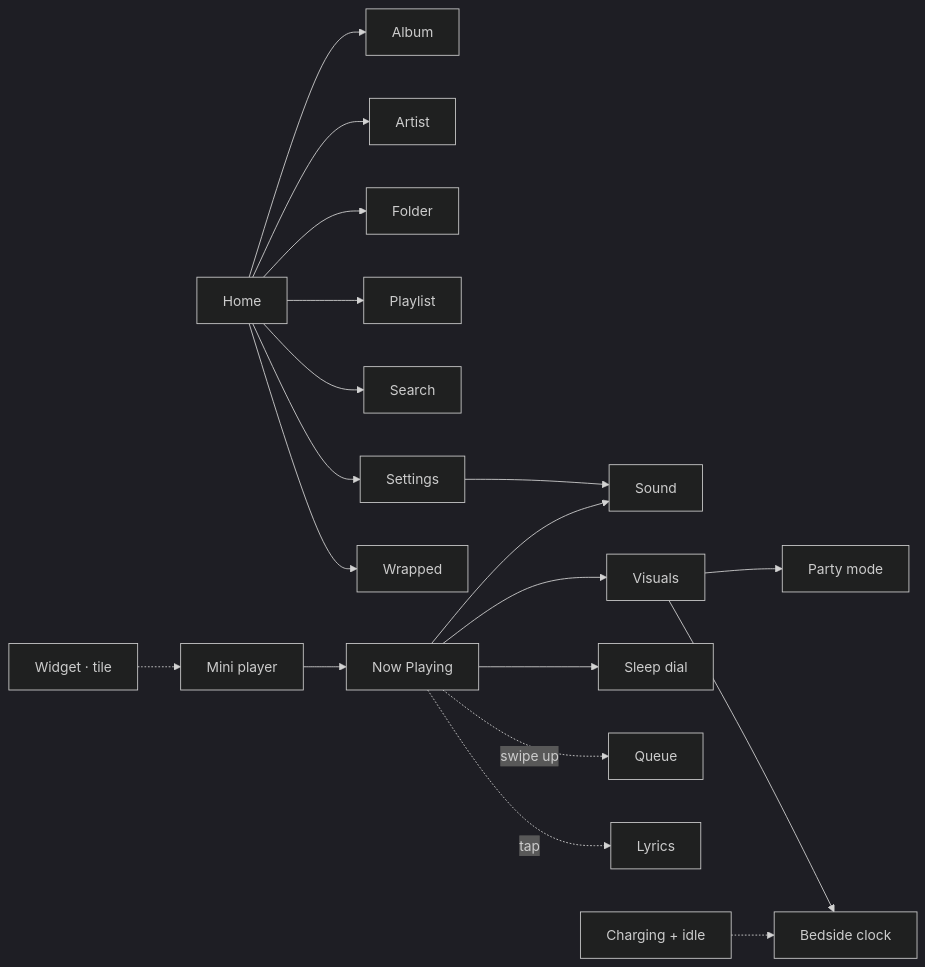
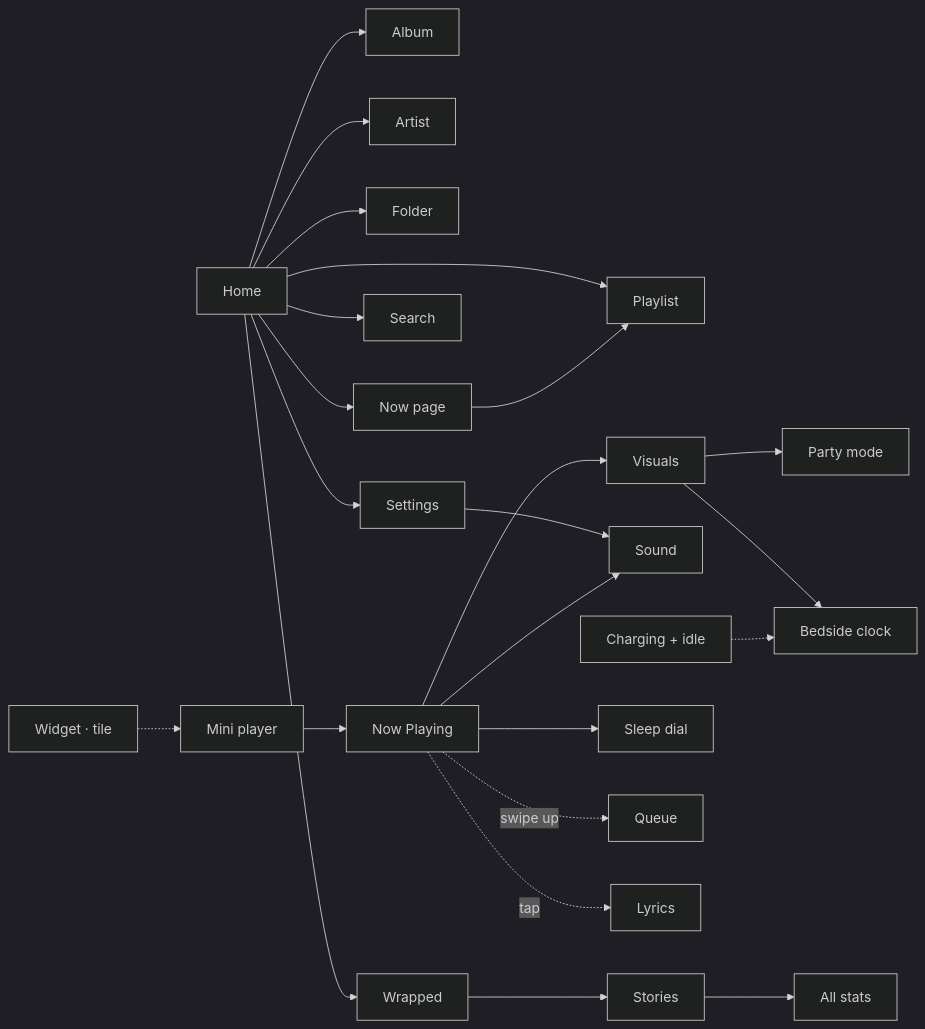
The third of 6 diagrams in README.md (dhananjay6561/dot), drawn with Mermaid (dark theme) before and after one commit. The commit also changed other lines of this file, not shown here.

Commit message:
update the architecture notes for the now page and shared cover

````diff
--- a/README.md
+++ b/README.md
@@ -357,13 +358,15 @@
 ```mermaid
 flowchart LR
     Home --> Album & Artist & Folder & Playlist
+    Home --> Now["Now page"] --> Playlist
     Home --> Search & Settings & Wrapped
+    Wrapped --> Stories["Stories"] --> Stats["All stats"]
     Settings --> Sound
     Mini["Mini player"] --> NP["Now Playing"]
     NP --> Visuals & Sleep["Sleep dial"] & Sound
     Visuals --> Party["Party mode"] & Bedside
     NP -. "swipe up" .-> Queue
     NP -. "tap" .-> Lyrics
     Charging["Charging + idle"] -.-> Bedside["Bedside clock"]
     Widget["Widget · tile"] -.-> Mini
 ```
````
